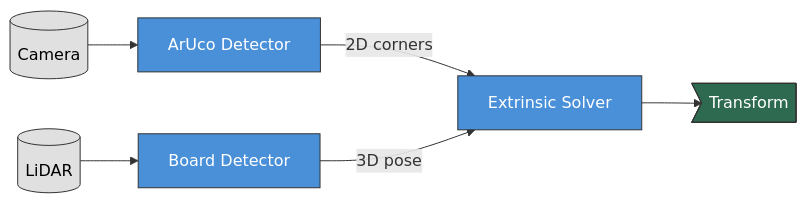
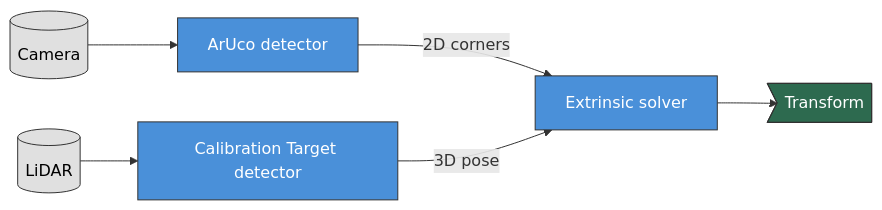
The diagram in book/src/user-guide/lidar-camera.md (NEWSLabNTU/LCTK), drawn with Mermaid before and after one commit. The commit also changed other lines of this file and 9 other files, not shown here.

````diff
--- a/book/src/user-guide/lidar-camera.md
+++ b/book/src/user-guide/lidar-camera.md
@@ -7,16 +8,16 @@
 ```mermaid
 graph LR
-    A[(Camera)] --> C[ArUco Detector]
-    B[(LiDAR)] --> D[Board Detector]
-    C -->|2D corners| F[Extrinsic Solver]
+    A[(Camera)] --> C[ArUco detector]
+    B[(LiDAR)] --> D[Calibration Target detector]
+    C -->|2D corners| F[Extrinsic solver]
     D -->|3D pose| F
     F --> G>Transform]
 
     classDef sensor fill:#e0e0e0,stroke:#333,color:#000
     classDef node fill:#4a90d9,stroke:#333,color:#fff
     classDef output fill:#2d6a4f,stroke:#333,color:#fff
 
     class A,B sensor
     class C,D,F node
     class G output
 ```
````
